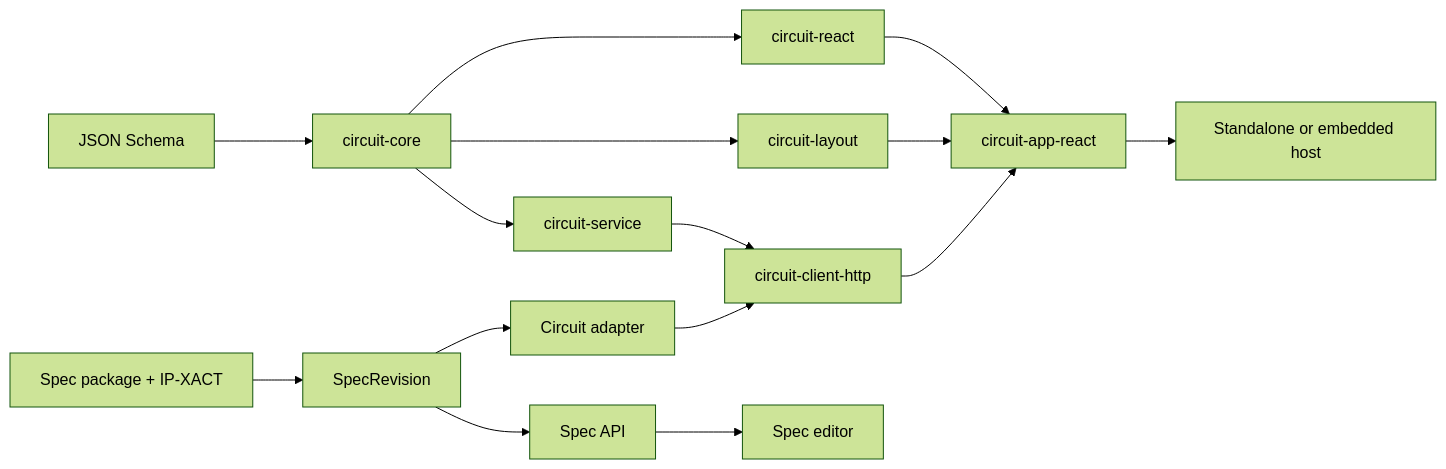
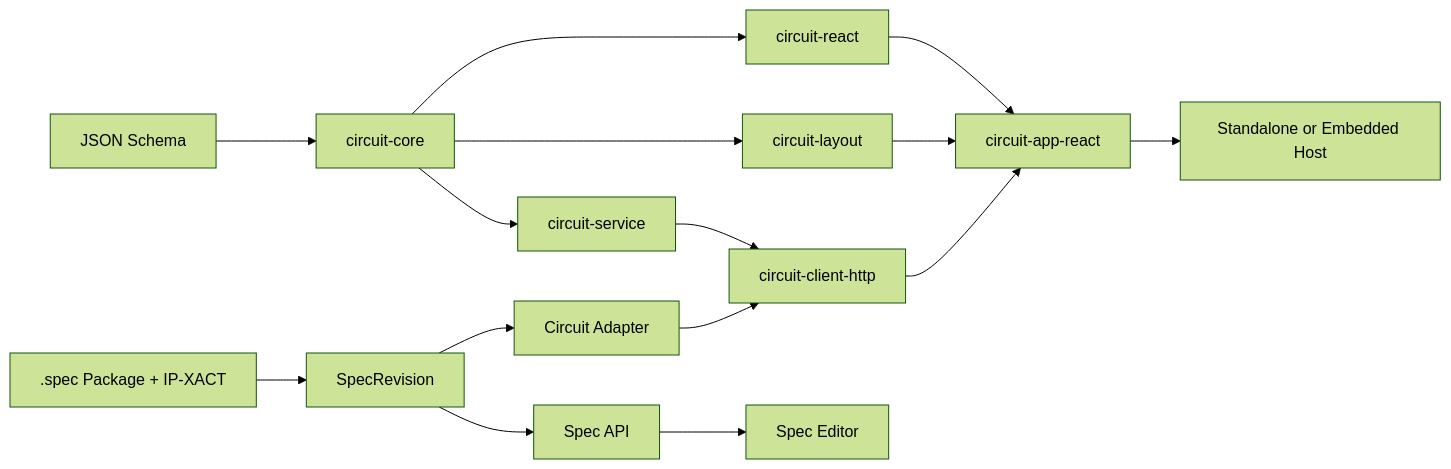
One commit to ankdesh/spec2gds changed the third of 3 diagrams in docs/architecture.md. Above: the diagram before and after it, drawn with Mermaid (forest theme). The commit also changed other lines of this file and 73 other files, not shown here.

````diff
--- a/docs/architecture.md
+++ b/docs/architecture.md
@@ -109,18 +118,18 @@
 ```mermaid
 flowchart LR
     Schema["JSON Schema"] --> Core["circuit-core"]
     Core --> Service["circuit-service"]
     Core --> Layout["circuit-layout"]
     Core --> React["circuit-react"]
     React --> Shell["circuit-app-react"]
     Service --> HTTP["circuit-client-http"]
     HTTP --> Shell
     Layout --> Shell
-    Shell --> App["Standalone or embedded host"]
+    Shell --> App["Standalone or Embedded Host"]
 
-    Package["Spec package + IP-XACT"] --> Revision["SpecRevision"]
+    Package[".spec Package + IP-XACT"] --> Revision["SpecRevision"]
     Revision --> API["Spec API"]
-    API --> Editor["Spec editor"]
-    Revision --> Adapter["Circuit adapter"]
+    API --> Editor["Spec Editor"]
+    Revision --> Adapter["Circuit Adapter"]
     Adapter --> HTTP
 ```
````
